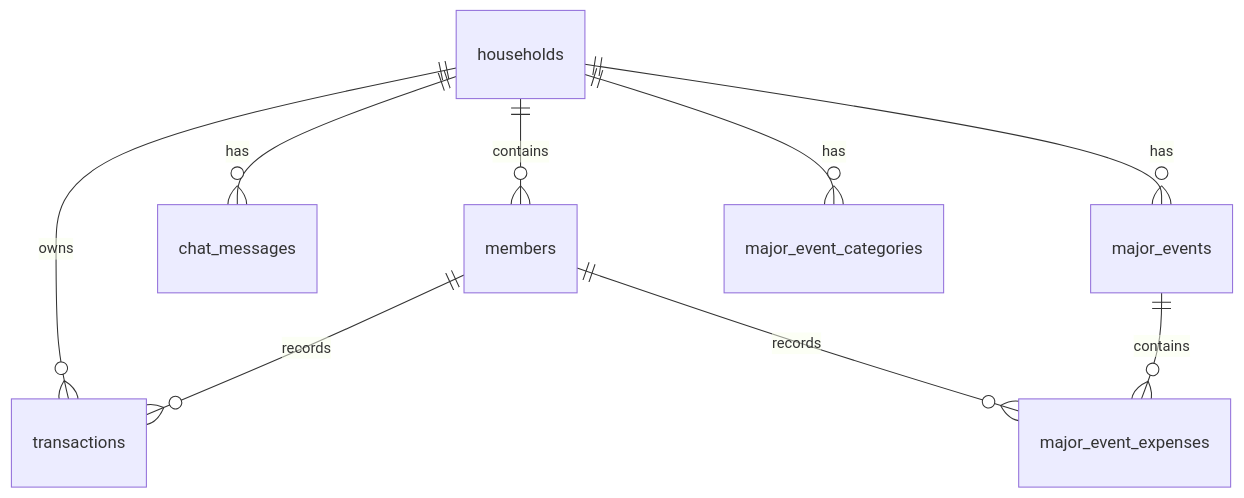
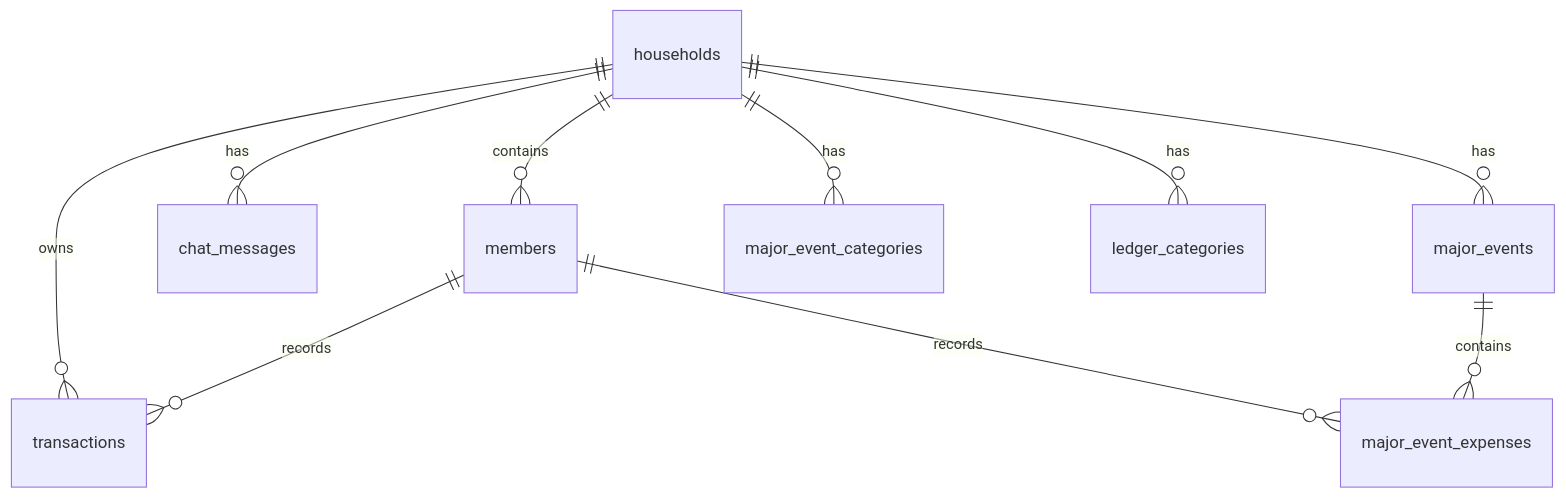
One commit to xujiongx/money-record changed the diagram in docs/database-design.md. Above: the diagram before and after it, drawn with Mermaid. The commit also changed other lines of this file and 25 other files, not shown here.

````diff
--- a/docs/database-design.md
+++ b/docs/database-design.md
@@ -15,11 +15,12 @@
 ```mermaid
 erDiagram
   households ||--o{ members : contains
   households ||--o{ transactions : owns
   households ||--o{ chat_messages : has
   households ||--o{ major_events : has
   households ||--o{ major_event_categories : has
+  households ||--o{ ledger_categories : has
   members ||--o{ transactions : records
   members ||--o{ major_event_expenses : records
   major_events ||--o{ major_event_expenses : contains
 ```
````
